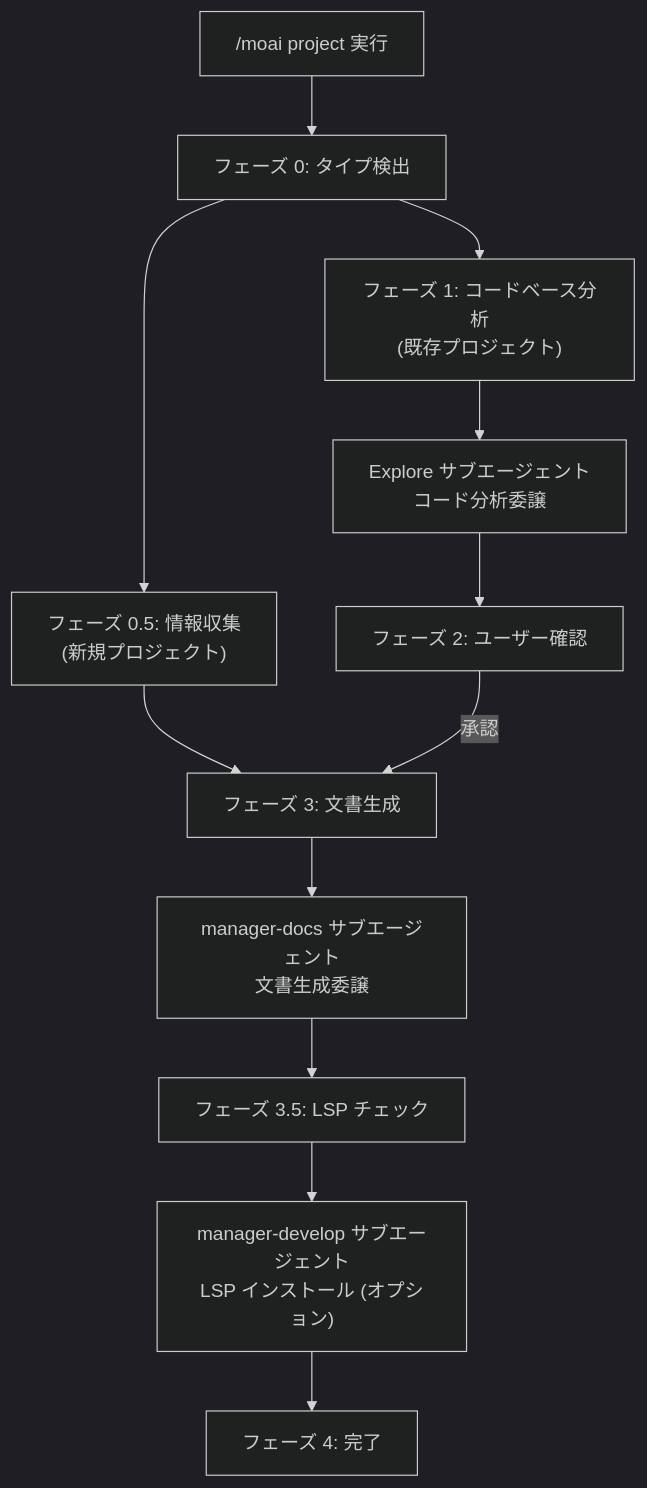
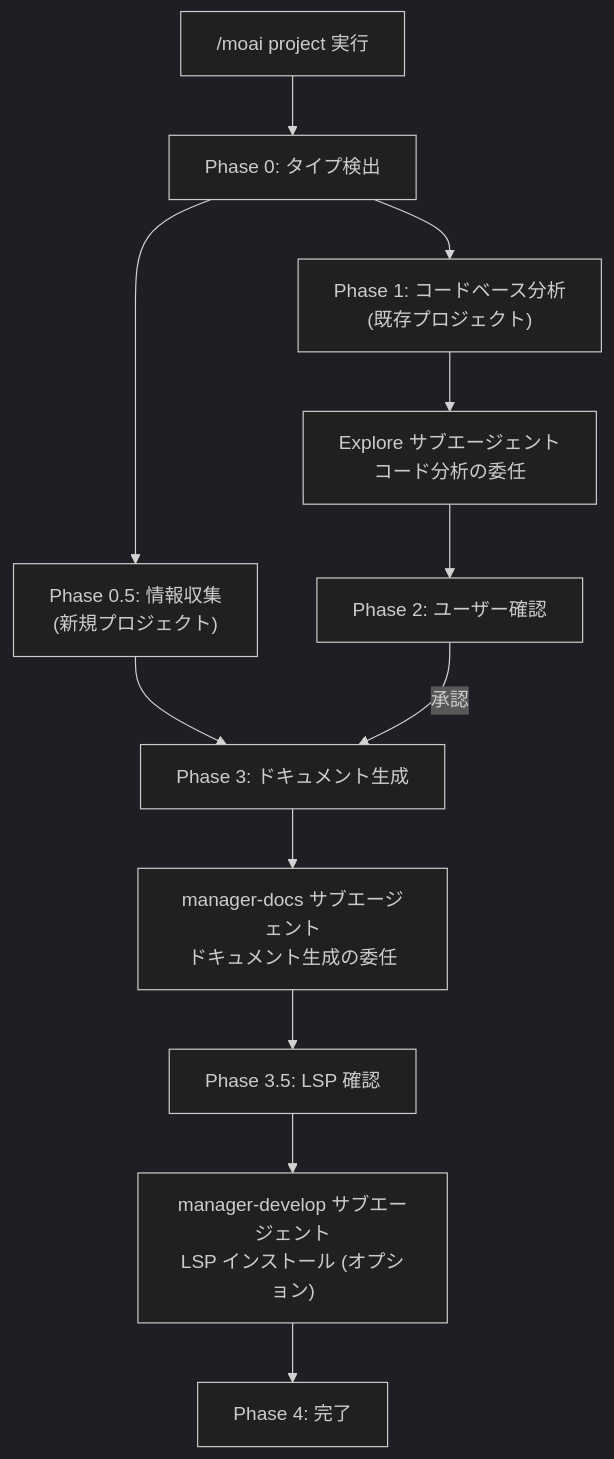
Before and after one commit to modu-ai/moai-adk: the second of 2 diagrams in docs-site/content/ja/workflow-commands/moai-project.md, drawn with Mermaid (dark theme). The commit also changed other lines of this file and 395 other files, not shown here.

````diff
--- a/docs-site/content/ja/workflow-commands/moai-project.md
+++ b/docs-site/content/ja/workflow-commands/moai-project.md
@@ -497,18 +506,18 @@
 ```mermaid
 flowchart TD
-    Start["/moai project 実行"] --> Phase0["フェーズ 0: タイプ検出"]
-    Phase0 --> Phase05["フェーズ 0.5: 情報収集<br/>(新規プロジェクト)"]
-    Phase0 --> Phase1["フェーズ 1: コードベース分析<br/>(既存プロジェクト)"]
+    Start["/moai project 実行"] --> Phase0["Phase 0: タイプ検出"]
+    Phase0 --> Phase05["Phase 0.5: 情報収集<br/>(新規プロジェクト)"]
+    Phase0 --> Phase1["Phase 1: コードベース分析<br/>(既存プロジェクト)"]
 
-    Phase1 --> Explore["Explore サブエージェント<br/>コード分析委譲"]
-    Explore --> Phase2["フェーズ 2: ユーザー確認"]
+    Phase1 --> Explore["Explore サブエージェント<br/>コード分析の委任"]
+    Explore --> Phase2["Phase 2: ユーザー確認"]
 
-    Phase05 --> Phase3["フェーズ 3: 文書生成"]
+    Phase05 --> Phase3["Phase 3: ドキュメント生成"]
     Phase2 -->|承認| Phase3
 
-    Phase3 --> Docs["manager-docs サブエージェント<br/>文書生成委譲"]
-    Docs --> Phase35["フェーズ 3.5: LSP チェック"]
+    Phase3 --> Docs["manager-docs サブエージェント<br/>ドキュメント生成の委任"]
+    Docs --> Phase35["Phase 3.5: LSP 確認"]
 
     Phase35 --> DevOps["manager-develop サブエージェント<br/>LSP インストール (オプション)"]
-    DevOps --> Phase4["フェーズ 4: 完了"]
+    DevOps --> Phase4["Phase 4: 完了"]
 ```
````
